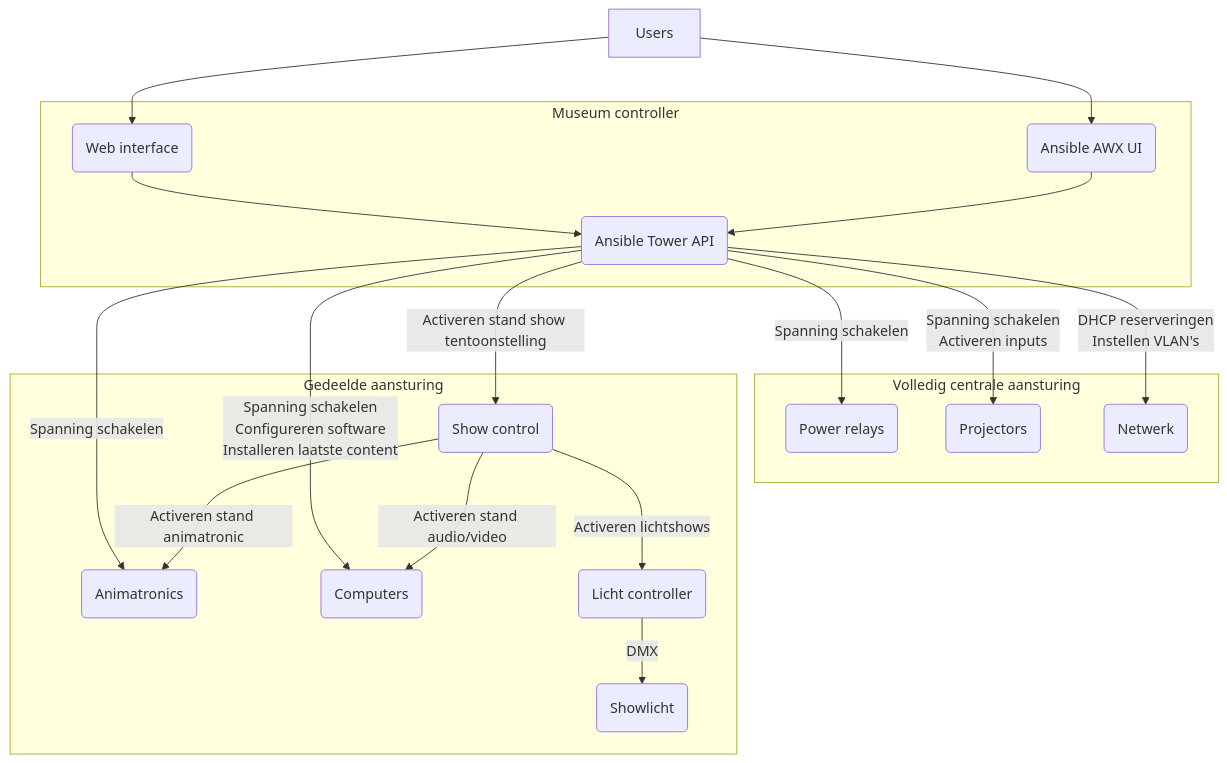
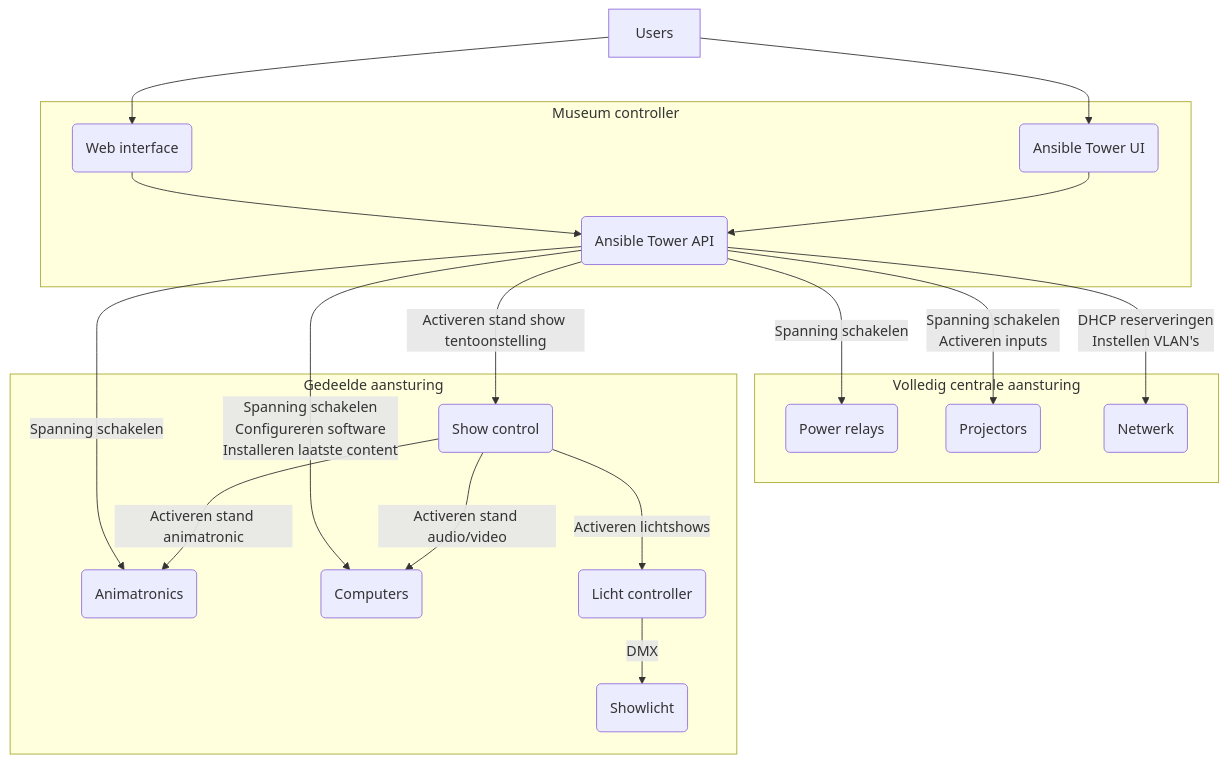
Before and after one commit to woutermbrink/naturalis-docs: the diagram in content/design/showcontrol.md, drawn with Mermaid. The commit also changed other lines of this file, not shown here.

````diff
--- a/content/design/showcontrol.md
+++ b/content/design/showcontrol.md
@@ -74,23 +74,23 @@
 ```mermaid
 graph TD
     A[Users] --> B(Web interface)
-    A[Users] --> C(Ansible AWX UI)
+    A[Users] --> C(Ansible Tower UI)
     subgraph Museum controller
     B --> D(Ansible Tower API)
     C --> D
     end
     D -->|Activeren stand show tentoonstelling| E(Show control)
     D -->|Spanning schakelen| G(Animatronics)
     D -->|Spanning schakelen<br/>Configureren software<br/>Installeren laatste content| F(Computers)
     subgraph Volledig centrale aansturing
     D -->|Spanning schakelen| H(Power relays)
     D -->|Spanning schakelen<br/>Activeren inputs| I(Projectors)
     D -->|DHCP reserveringen<br/>Instellen VLAN's| J(Netwerk)
     end
     subgraph Gedeelde aansturing
     E -->|Activeren lichtshows| K(Licht controller)
     E -->|Activeren stand audio/video| F
     E -->|Activeren stand animatronic| G
     K -->|DMX| L(Showlicht)
     end
 ```
````
